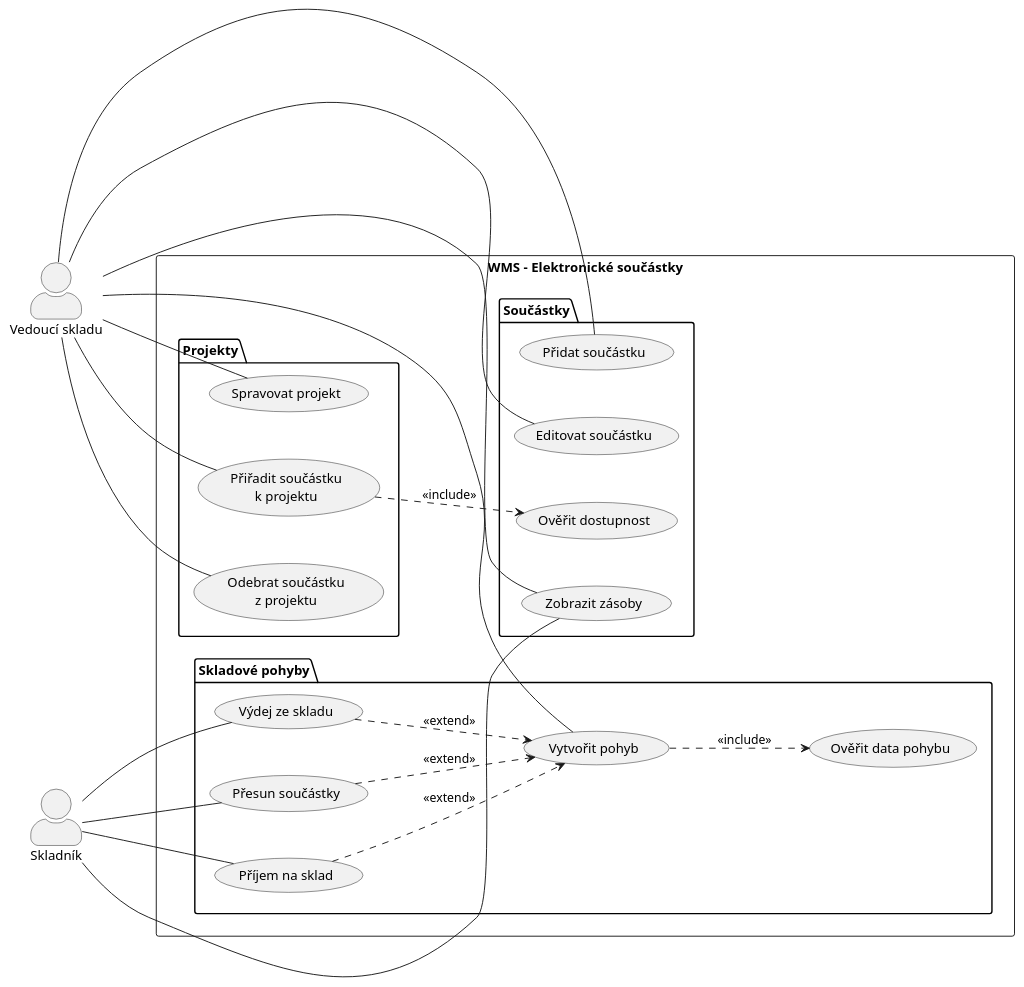
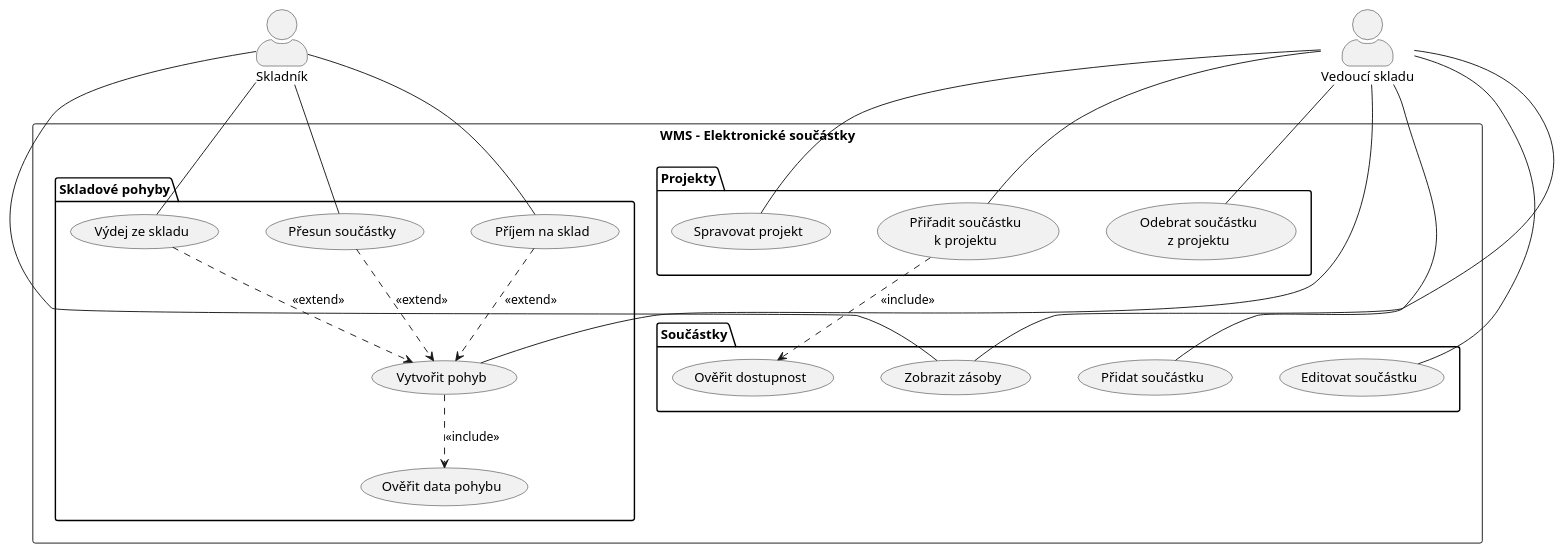
The diagram in diagrams/01_use_case.puml (lkvapil/kOdevzdaniProjektWMS), drawn with PlantUML before and after one commit. The commit also changed 1 other file, not shown here.

```diff
--- a/diagrams/01_use_case.puml
+++ b/diagrams/01_use_case.puml
@@ -1,59 +1,60 @@
 @startuml 01_use_case
-left to right direction
+top to bottom direction
 skinparam actorStyle awesome
 skinparam nodesep 50
-skinparam ranksep 80
+skinparam ranksep 50
+skinparam packagePadding 10
 
 actor "Vedoucí skladu" as Vedouci
 actor "Skladník" as Skladnik
 
 rectangle "WMS – Elektronické součástky" {
 
   package "Skladové pohyby" {
     usecase "Příjem na sklad" as UC_PRIJEM
     usecase "Výdej ze skladu" as UC_VYDEJ
     usecase "Přesun součástky" as UC_PRESUN
     usecase "Vytvořit pohyb" as UC_POHYB
     usecase "Ověřit data pohybu" as UC_OVERIT
   }
 
   package "Součástky" {
     usecase "Přidat součástku" as UC_ADD
     usecase "Editovat součástku" as UC_EDIT
     usecase "Zobrazit zásoby" as UC_ZASOBY
     usecase "Ověřit dostupnost" as UC_DOSTUPNOST
   }
 
   package "Projekty" {
     usecase "Spravovat projekt" as UC_PROJEKT
     usecase "Přiřadit součástku\nk projektu" as UC_PRIRADIT
     usecase "Odebrat součástku\nz projektu" as UC_ODEBRAT
   }
 
 }
 
-' Vedoucí skladu
-Vedouci -- UC_POHYB
+' Vedoucí skladu vlevo nahoře
 Vedouci -- UC_ADD
 Vedouci -- UC_EDIT
 Vedouci -- UC_ZASOBY
 Vedouci -- UC_PROJEKT
 Vedouci -- UC_PRIRADIT
 Vedouci -- UC_ODEBRAT
+Vedouci -- UC_POHYB
 
-' Skladník
+' Skladník vlevo dole
 Skladnik -- UC_PRIJEM
 Skladnik -- UC_VYDEJ
 Skladnik -- UC_PRESUN
 Skladnik -- UC_ZASOBY
 
 ' include
 UC_POHYB    ..> UC_OVERIT     : <<include>>
 UC_PRIRADIT ..> UC_DOSTUPNOST : <<include>>
 
 ' extend
 UC_PRIJEM ..> UC_POHYB : <<extend>>
 UC_VYDEJ  ..> UC_POHYB : <<extend>>
 UC_PRESUN ..> UC_POHYB : <<extend>>
 
 @enduml
```
